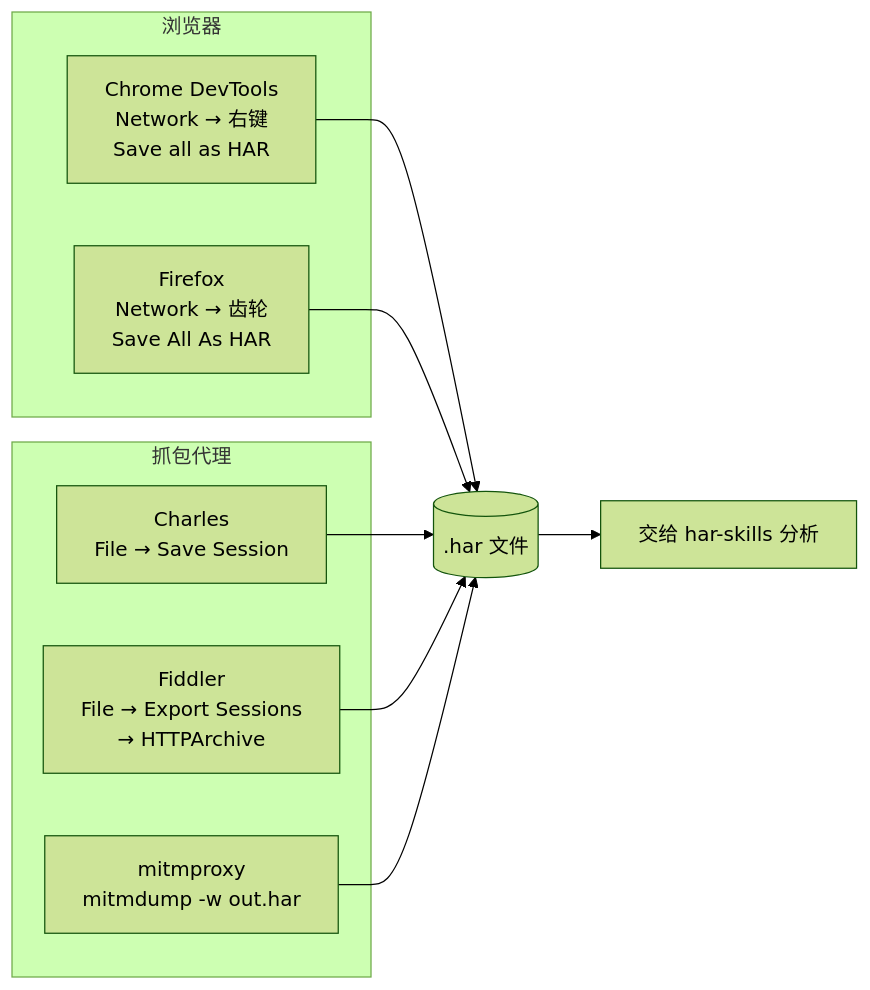
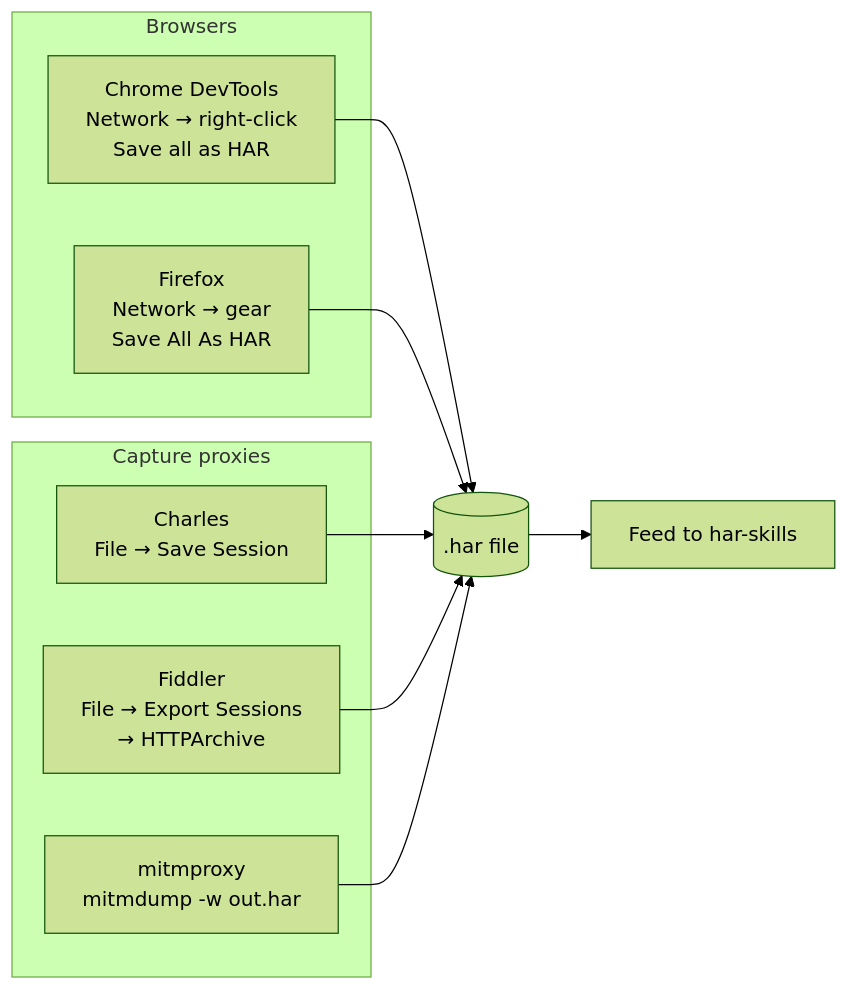
Before and after one commit to hitechcloud-vietnam/har-skills: the third of 3 diagrams in website/zh/har-basics.md, drawn with Mermaid (forest theme). The commit also changed other lines of this file and 97 other files, not shown here.

````diff
--- a/website/zh/har-basics.md
+++ b/website/zh/har-basics.md
@@ -196,18 +196,18 @@
 ```mermaid
 flowchart LR
-  subgraph 浏览器
-    C1["Chrome DevTools<br/>Network → 右键<br/>Save all as HAR"]
-    C2["Firefox<br/>Network → 齿轮<br/>Save All As HAR"]
+  subgraph Browsers
+    C1["Chrome DevTools<br/>Network → right-click<br/>Save all as HAR"]
+    C2["Firefox<br/>Network → gear<br/>Save All As HAR"]
   end
-  subgraph 抓包代理
+  subgraph Capture proxies
     P1["Charles<br/>File → Save Session"]
     P2["Fiddler<br/>File → Export Sessions<br/>→ HTTPArchive"]
     P3["mitmproxy<br/>mitmdump -w out.har"]
   end
-  C1 --> H[(".har 文件")]
+  C1 --> H[(".har file")]
   C2 --> H
   P1 --> H
   P2 --> H
   P3 --> H
-  H --> HS["交给 har-skills 分析"]
+  H --> HS["Feed to har-skills"]
 ```
````
